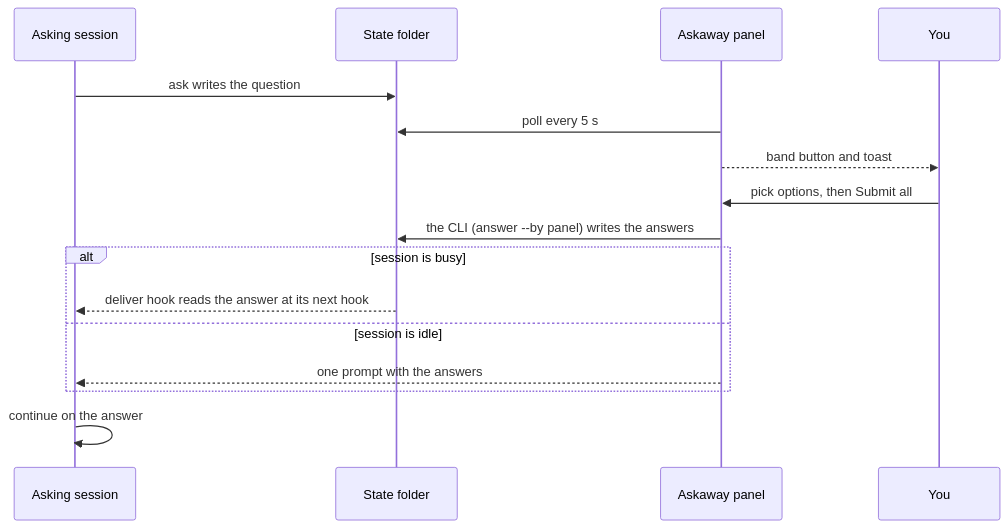
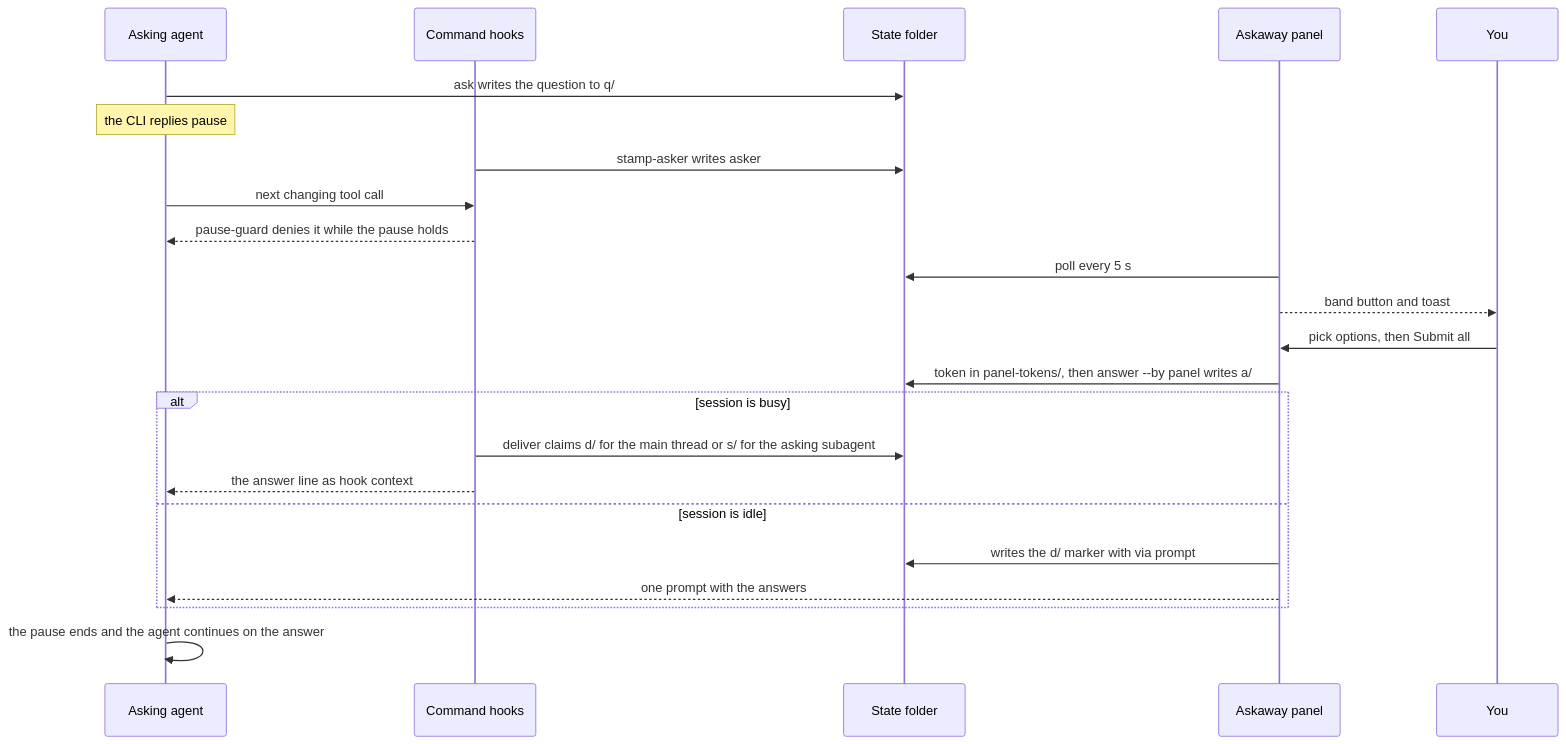
The second of 2 diagrams in README.md (KeepGlide/askaway), drawn with Mermaid before and after one commit. The commit also changed other lines of this file and 3 other files, not shown here.

````diff
--- a/README.md
+++ b/README.md
@@ -139,18 +151,25 @@
 ```mermaid
 sequenceDiagram
-    participant Agent as Asking session
+    participant Agent as Asking agent
+    participant Hooks as Command hooks
     participant Folder as State folder
     participant Panel as Askaway panel
     participant You as You
-    Agent->>Folder: ask writes the question
+    Agent->>Folder: ask writes the question to q/
+    Note over Agent: the CLI replies pause
+    Hooks->>Folder: stamp-asker writes asker
+    Agent->>Hooks: next changing tool call
+    Hooks-->>Agent: pause-guard denies it while the pause holds
     Panel->>Folder: poll every 5 s
     Panel-->>You: band button and toast
     You->>Panel: pick options, then Submit all
-    Panel->>Folder: the CLI (answer --by panel) writes the answers
+    Panel->>Folder: token in panel-tokens/, then answer --by panel writes a/
     alt session is busy
-        Folder-->>Agent: deliver hook reads the answer at its next hook
+        Hooks->>Folder: deliver claims d/ for the main thread or s/ for the asking subagent
+        Hooks-->>Agent: the answer line as hook context
     else session is idle
+        Panel->>Folder: writes the d/ marker with via prompt
         Panel-->>Agent: one prompt with the answers
     end
-    Agent->>Agent: continue on the answer
+    Agent->>Agent: the pause ends and the agent continues on the answer
 ```
````
